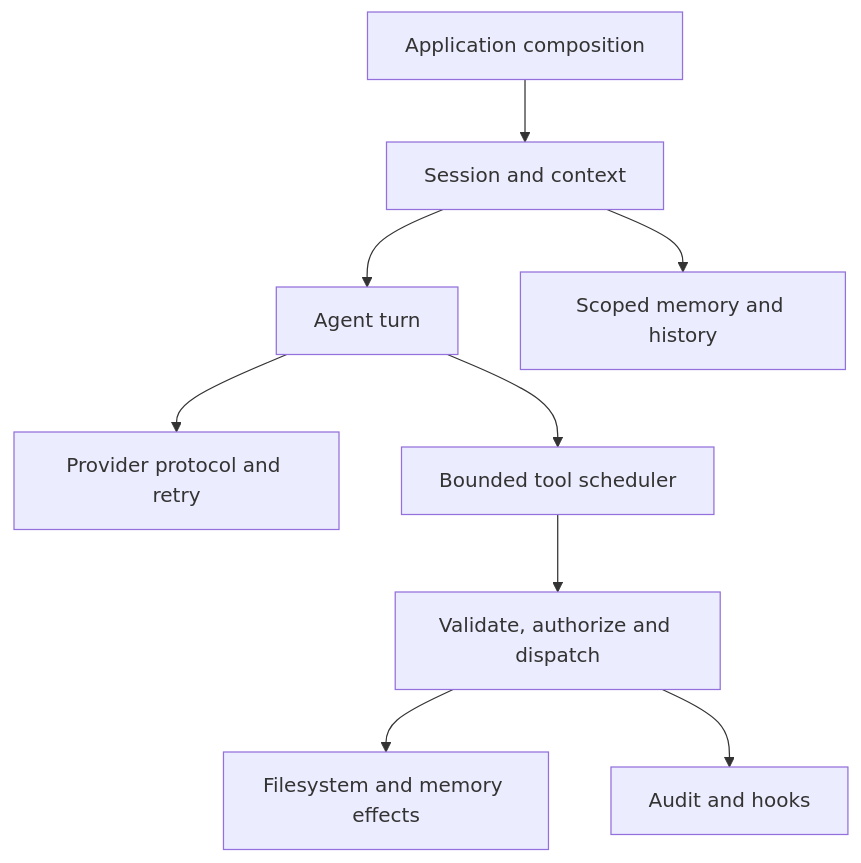
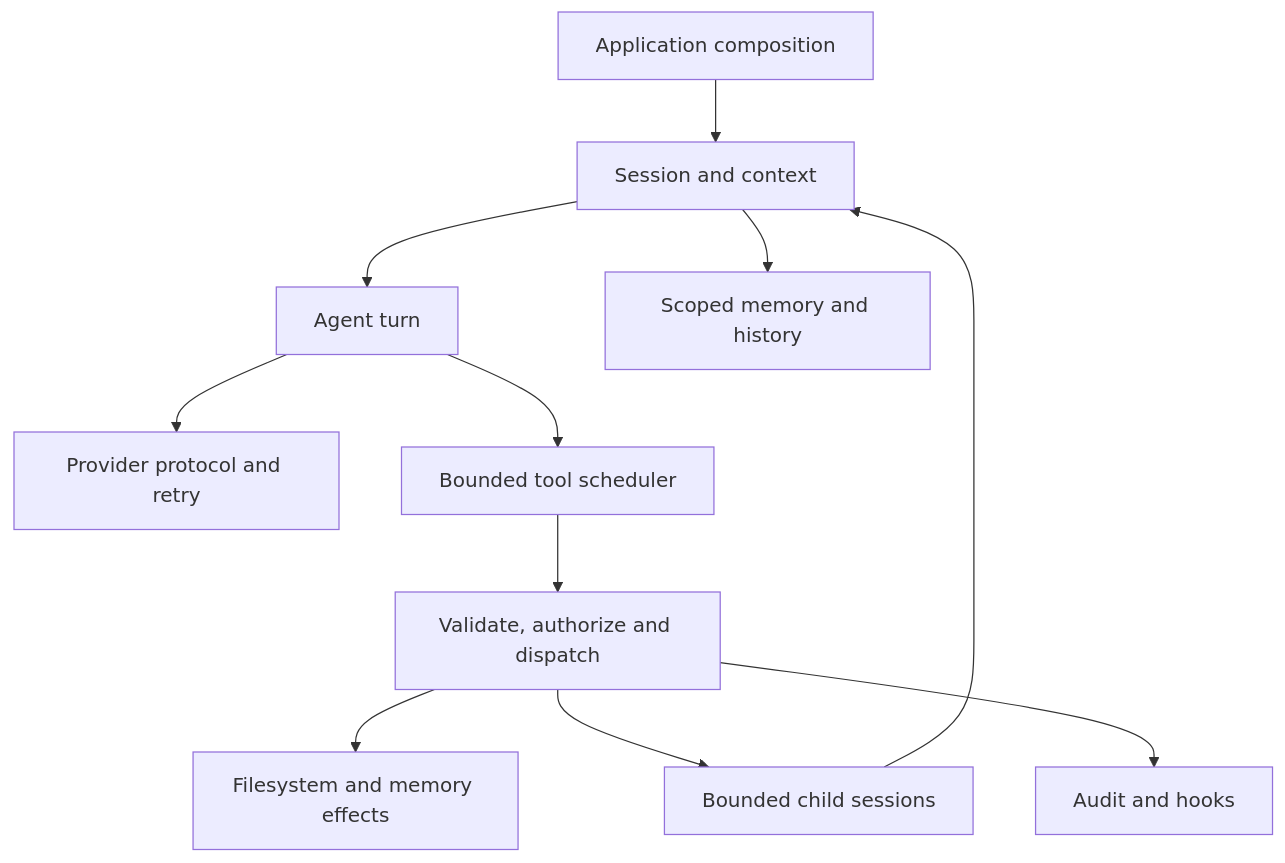
One commit to huxint/orangutan-agent changed the diagram in docs/ARCHITECTURE.md. Above: the diagram before and after it, drawn with Mermaid. The commit also changed other lines of this file and 52 other files, not shown here.

First line of the commit message:
feat(agent): add bounded child runs and trim filesystem tools

````diff
--- a/docs/ARCHITECTURE.md
+++ b/docs/ARCHITECTURE.md
@@ -22,11 +22,13 @@
 ```mermaid
 flowchart TD
   app[Application composition] --> session[Session and context]
   session --> loop[Agent turn]
   session --> memory[Scoped memory and history]
   loop --> provider[Provider protocol and retry]
   loop --> scheduler[Bounded tool scheduler]
   scheduler --> dispatch[Validate, authorize and dispatch]
   dispatch --> effects[Filesystem and memory effects]
+  dispatch --> children[Bounded child sessions]
+  children --> session
   dispatch --> audit[Audit and hooks]
 ```
````
